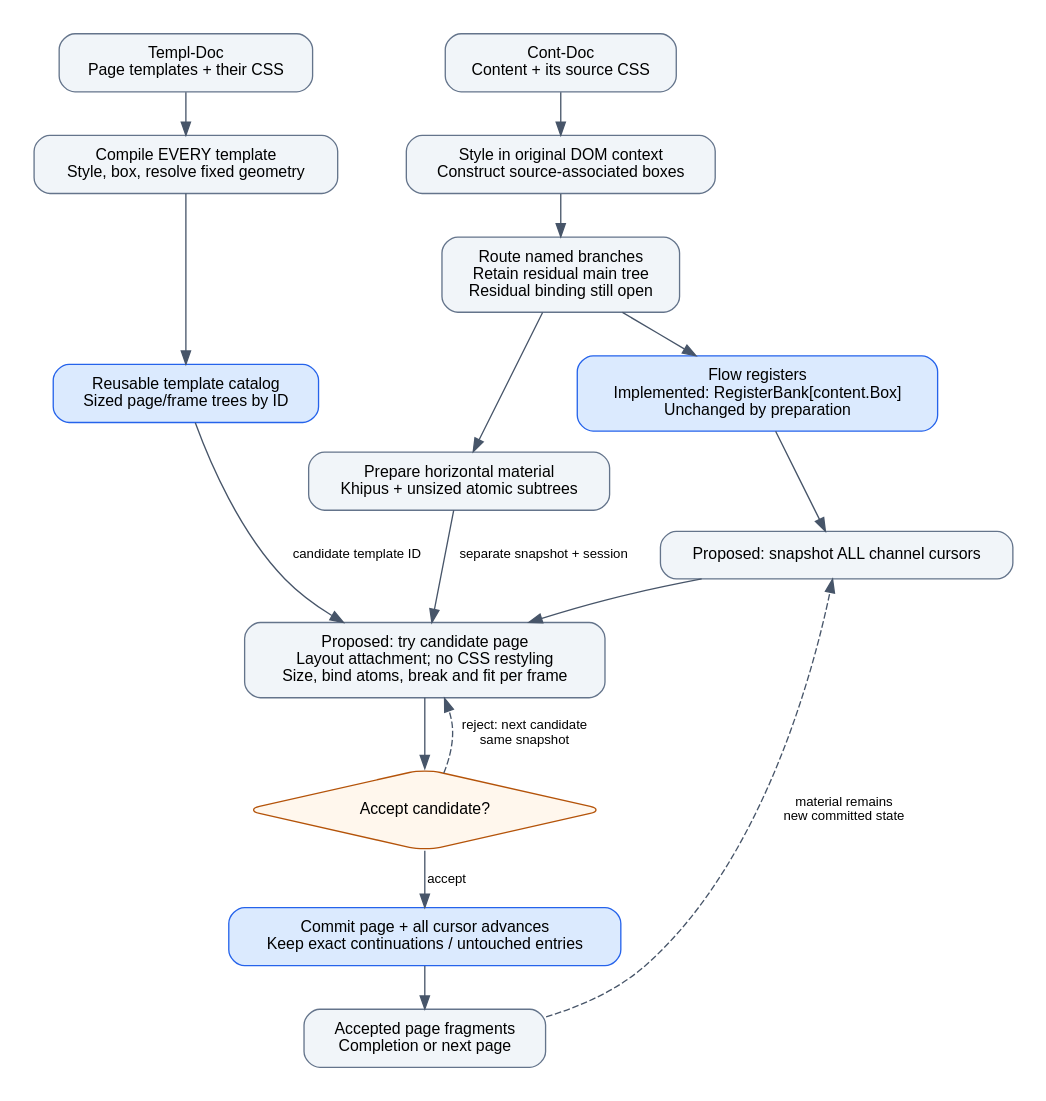
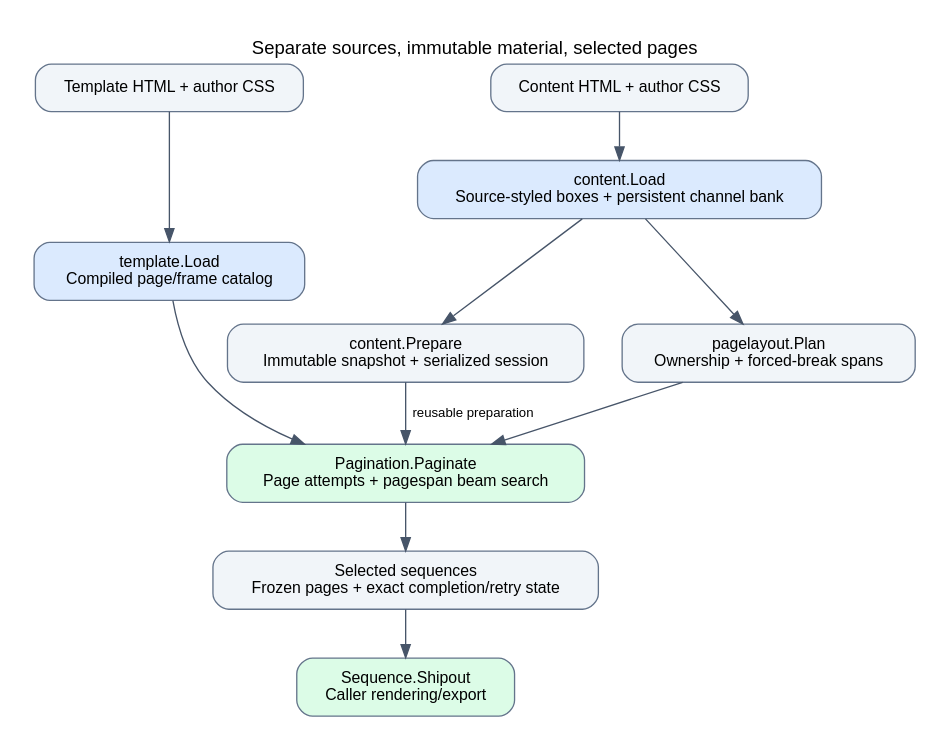
Before and after one commit to npillmayer/pagelayout: the diagram in doc/diagrams/design-pipeline.dot, drawn with Graphviz. The commit also changed 77 other files, not shown here.

```diff
--- a/doc/diagrams/design-pipeline.dot
+++ b/doc/diagrams/design-pipeline.dot
@@ -1,39 +1,27 @@
-digraph Pipeline {
-  graph [rankdir=TB, bgcolor="white", pad=0.25, nodesep=0.5, ranksep=0.45,
-         fontname="Helvetica", fontsize=12];
+digraph Layout {
+  graph [rankdir=TB, bgcolor="white", pad=0.25, nodesep=0.4, ranksep=0.5,
+         fontname="Helvetica", fontsize=14];
   node [shape=box, style="rounded,filled", fillcolor="#f1f5f9", color="#64748b",
         fontname="Helvetica", fontsize=12, margin="0.18,0.12"];
   edge [color="#475569", fontname="Helvetica", fontsize=10];
-
-  templates [label="Templ-Doc\nPage templates + their CSS"];
-  content [label="Cont-Doc\nContent + its source CSS"];
-  compile [label="Compile EVERY template\nStyle, box, resolve fixed geometry"];
-  boxes [label="Style in original DOM context\nConstruct source-associated boxes"];
-  route [label="Route named branches\nRetain residual main tree\nResidual binding still open"];
-  prepare [label="Prepare horizontal material\nKhipus + unsized atomic subtrees"];
-  catalog [label="Reusable template catalog\nSized page/frame trees by ID",
-           fillcolor="#dbeafe", color="#2563eb"];
-  registers [label="Flow registers\nImplemented: RegisterBank[content.Box]\nUnchanged by preparation",
-             fillcolor="#dbeafe", color="#2563eb"];
-  snapshot [label="Proposed: snapshot ALL channel cursors"];
-  trial [label="Proposed: try candidate page\nLayout attachment; no CSS restyling\nSize, bind atoms, break and fit per frame"];
-  select [shape=diamond, label="Accept candidate?", fillcolor="#fff7ed", color="#b45309"];
-  commit [label="Commit page + all cursor advances\nKeep exact continuations / untouched entries",
-          fillcolor="#dbeafe", color="#2563eb"];
-  pages [label="Accepted page fragments\nCompletion or next page"];
-
+  graph [label="Separate sources, immutable material, selected pages", labelloc=t];
+  templates [label="Template HTML + author CSS"];
+  content [label="Content HTML + author CSS"];
+  catalog [label="template.Load\nCompiled page/frame catalog", fillcolor="#dbeafe"];
+  material [label="content.Load\nSource-styled boxes + persistent channel bank", fillcolor="#dbeafe"];
+  prep [label="content.Prepare\nImmutable snapshot + serialized session"];
+  plan [label="pagelayout.Plan\nOwnership + forced-break spans"];
+  search [label="Pagination.Paginate\nPage attempts + pagespan beam search", fillcolor="#dcfce7"];
+  selected [label="Selected sequences\nFrozen pages + exact completion/retry state"];
+  delivery [label="Sequence.Shipout\nCaller rendering/export", fillcolor="#dcfce7"];
+  templates -> catalog;
+  content -> material;
+  material -> prep;
+  material -> plan;
+  catalog -> search;
+  prep -> search [label="reusable preparation"];
+  plan -> search;
+  search -> selected -> delivery;
   { rank=same; templates; content; }
-  { rank=same; compile; boxes; }
-  { rank=same; catalog; registers; }
-  templates -> compile -> catalog;
-  content -> boxes -> route;
-  route -> registers -> snapshot;
-  route -> prepare;
-  prepare -> trial [label="separate snapshot + session"];
-  catalog -> trial [label="candidate template ID"];
-  snapshot -> trial -> select;
-  select -> trial [label="reject: next candidate\nsame snapshot", style=dashed, constraint=false];
-  select -> commit [label="accept"];
-  commit -> pages;
-  pages -> snapshot [label="material remains\nnew committed state", style=dashed, constraint=false];
+  { rank=same; prep; plan; }
 }
```
